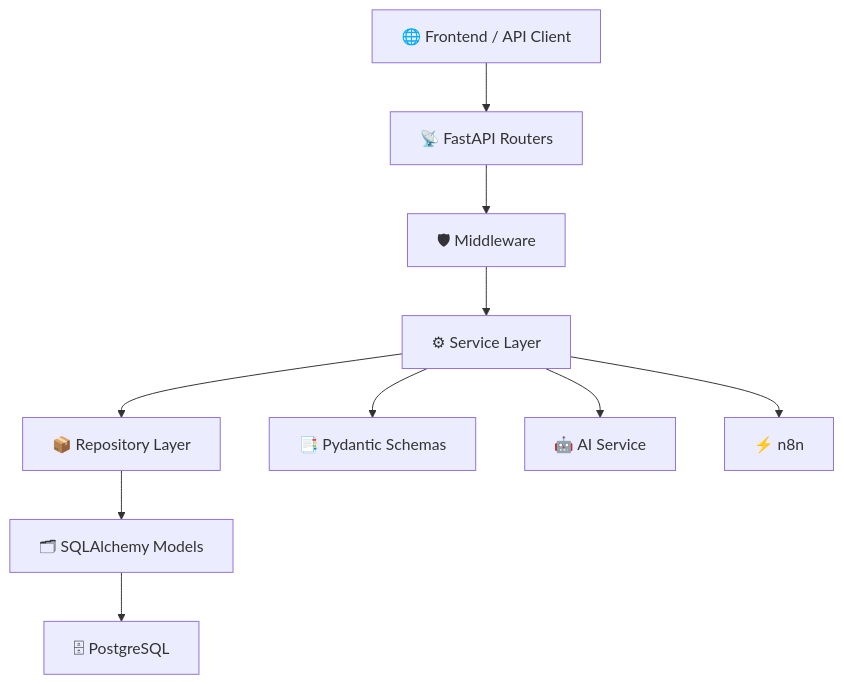
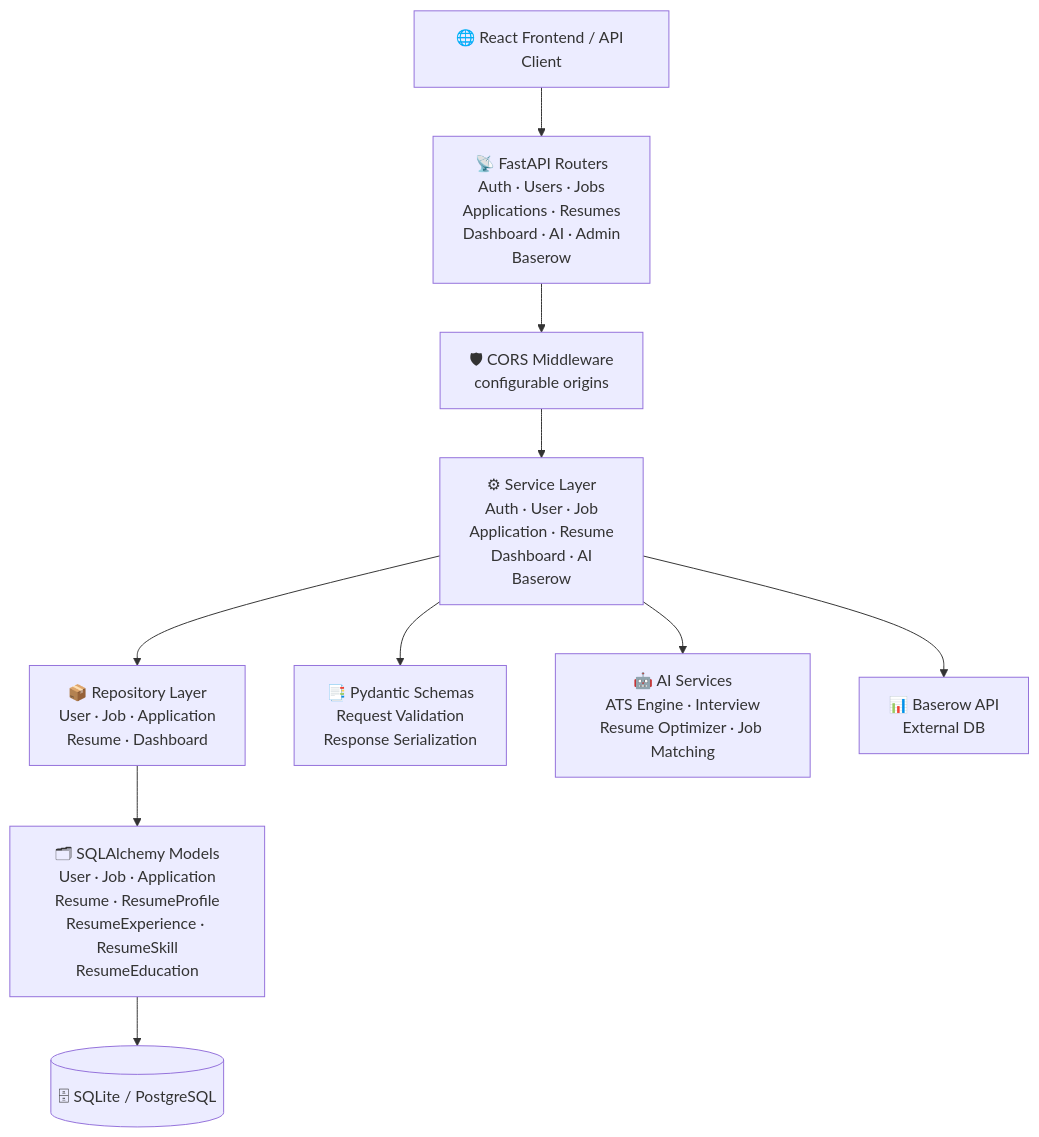
Before and after one commit to kmrgautam18-alt/career-ops-v2: the diagram in docs/diagrams/03-component-diagram.md, drawn with Mermaid. The commit also changed other lines of this file and 6 other files, not shown here.

First line of the commit message:
docs: update diagrams to reflect current project state

````diff
--- a/docs/diagrams/03-component-diagram.md
+++ b/docs/diagrams/03-component-diagram.md
@@ -17,41 +17,53 @@
 ```mermaid
 flowchart TD
 
-    Client["🌐 Frontend / API Client"]
+    Client["🌐 React Frontend / API Client"]
 
-    Router["📡 FastAPI Routers"]
+    Router["📡 FastAPI Routers
+Auth · Users · Jobs
+Applications · Resumes
+Dashboard · AI · Admin
+Baserow"]
 
-    Middleware["🛡 Middleware"]
+    CORSMiddleware["🛡 CORS Middleware
+configurable origins"]
 
-    Service["⚙ Service Layer"]
+    Service["⚙ Service Layer
+Auth · User · Job
+Application · Resume
+Dashboard · AI
+Baserow"]
 
-    Repository["📦 Repository Layer"]
+    Repository["📦 Repository Layer
+User · Job · Application
+Resume · Dashboard"]
 
-    Models["🗂 SQLAlchemy Models"]
+    Models["🗂 SQLAlchemy Models
+User · Job · Application
+Resume · ResumeProfile
+ResumeExperience · ResumeSkill
+ResumeEducation"]
 
-    Schemas["📑 Pydantic Schemas"]
+    Schemas["📑 Pydantic Schemas
+Request Validation
+Response Serialization"]
 
-    Database["🗄 PostgreSQL"]
+    Database[(🗄 SQLite / PostgreSQL)]
 
-    AI["🤖 AI Service"]
+    AI["🤖 AI Services
+ATS Engine · Interview
+Resume Optimizer · Job Matching"]
 
-    Automation["⚡ n8n"]
+    Baserow["📊 Baserow API
+External DB"]
 
     Client --> Router
-
-    Router --> Middleware
-
-    Middleware --> Service
-
+    Router --> CORSMiddleware
+    CORSMiddleware --> Service
     Service --> Repository
-
     Service --> Schemas
-
+    Service --> AI
+    Service --> Baserow
     Repository --> Models
-
     Models --> Database
-
-    Service --> AI
-
-    Service --> Automation
 ```
````
